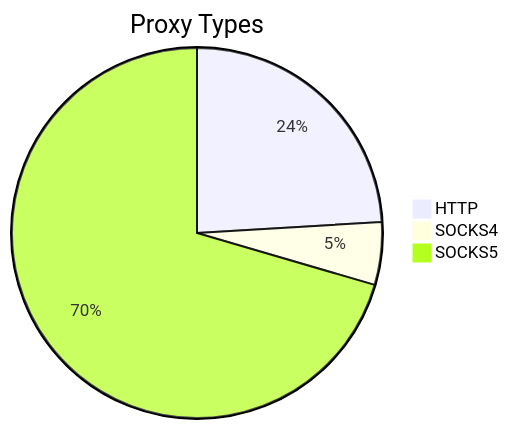
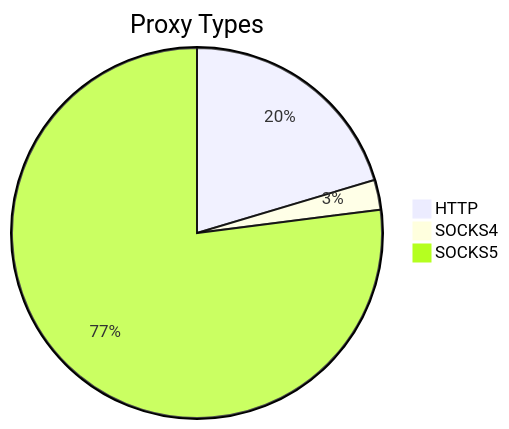
One commit to stormsia/proxy-list changed the first of 2 diagrams in README.md. Above: the diagram before and after it, drawn with Mermaid. The commit also changed other lines of this file, not shown here.

````diff
--- a/README.md
+++ b/README.md
@@ -21,6 +21,6 @@
 ```mermaid
 pie title Proxy Types
-    "HTTP" : 101
-    "SOCKS4" : 23
-    "SOCKS5" : 296
+    "HTTP" : 86
+    "SOCKS4" : 11
+    "SOCKS5" : 325
 ```
````
